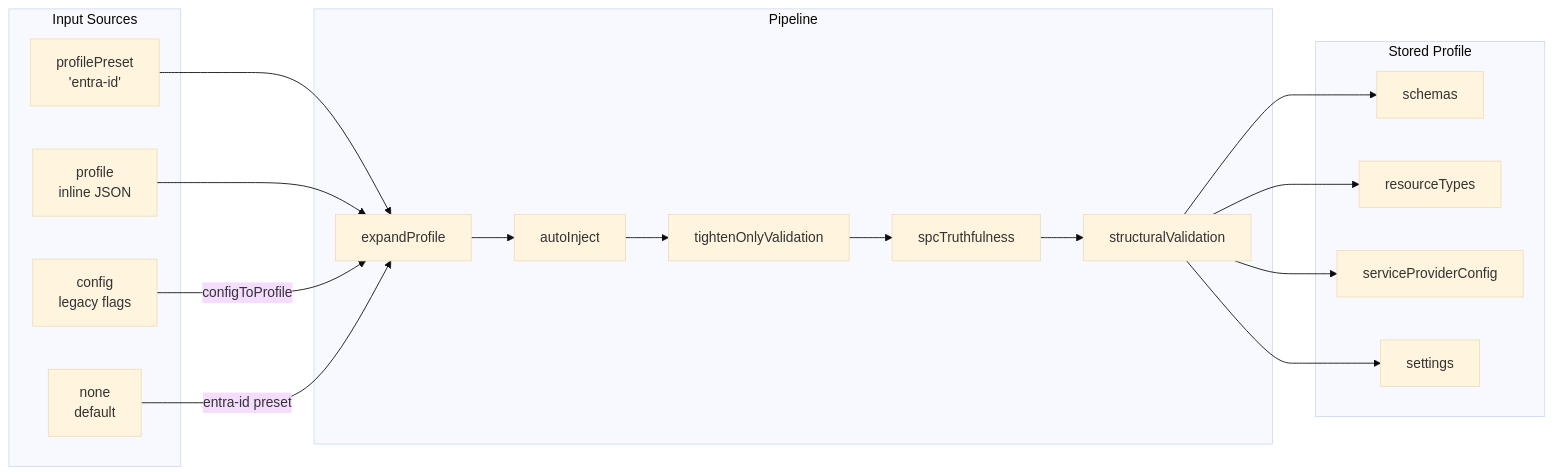
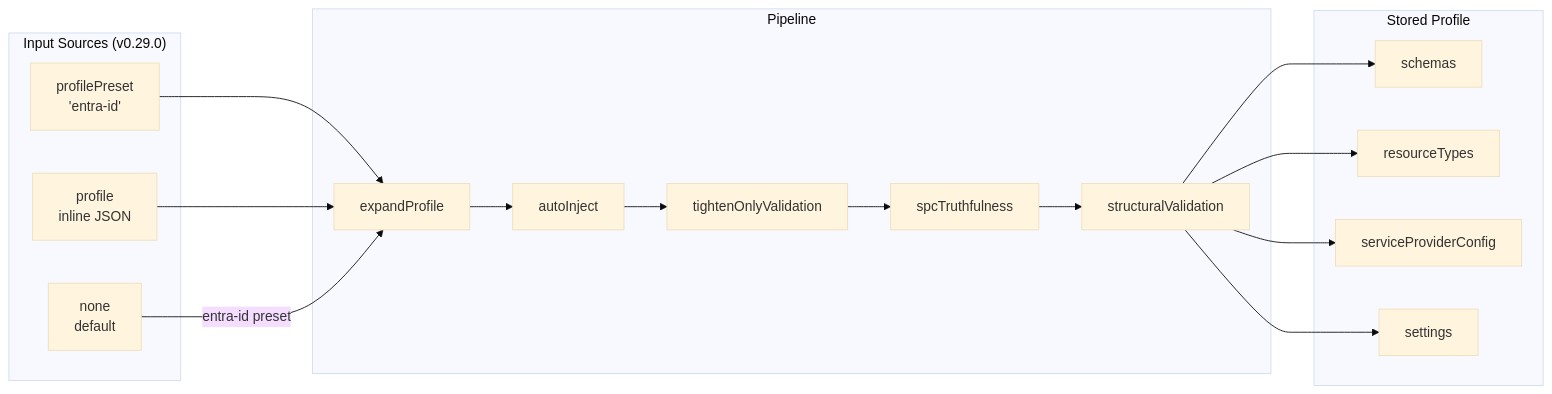
One commit to pranems/SCIMServer changed the first of 7 diagrams in docs/ENDPOINT_PROFILE_ARCHITECTURE.md. Above: the diagram before and after it, drawn with Mermaid (base theme). The commit also changed other lines of this file, not shown here.

First line of the commit message:
docs: update Endpoint Profile Architecture for v0.29.0

````diff
--- a/docs/ENDPOINT_PROFILE_ARCHITECTURE.md
+++ b/docs/ENDPOINT_PROFILE_ARCHITECTURE.md
@@ -31,32 +31,30 @@
 ```mermaid
 graph LR
-    subgraph "Input Sources"
+    subgraph "Input Sources (v0.29.0)"
         A[profilePreset<br/>'entra-id']
         B[profile<br/>inline JSON]
-        C[config<br/>legacy flags]
         D[none<br/>default]
     end
 
     subgraph "Pipeline"
         E[expandProfile]
         F[autoInject]
         G[tightenOnlyValidation]
         H[spcTruthfulness]
         I[structuralValidation]
     end
 
     subgraph "Stored Profile"
         J[schemas]
         K[resourceTypes]
         L[serviceProviderConfig]
         M[settings]
     end
 
     A --> E
     B --> E
-    C -->|configToProfile| E
     D -->|entra-id preset| E
 
     E --> F --> G --> H --> I
     I --> J & K & L & M
 ```
````
